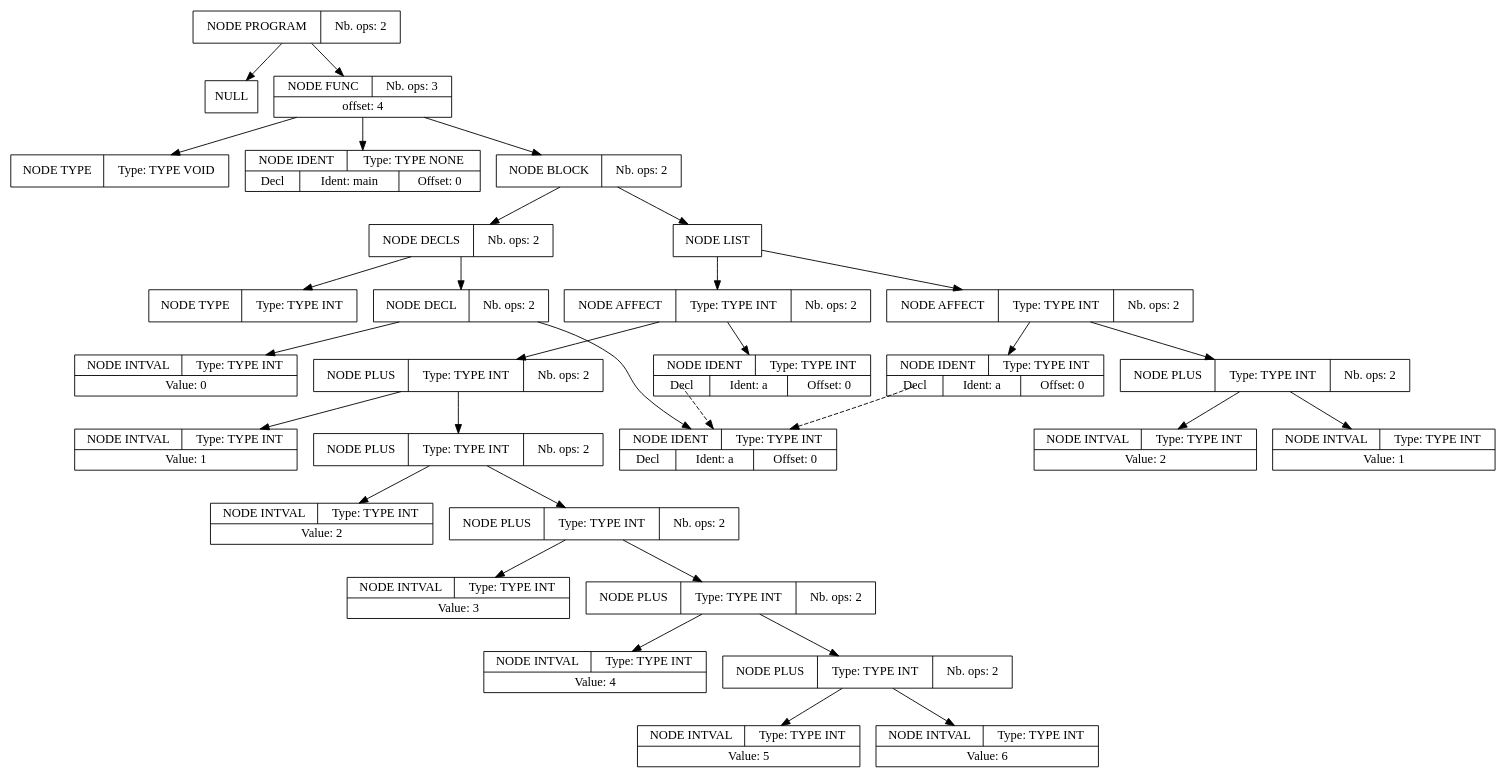
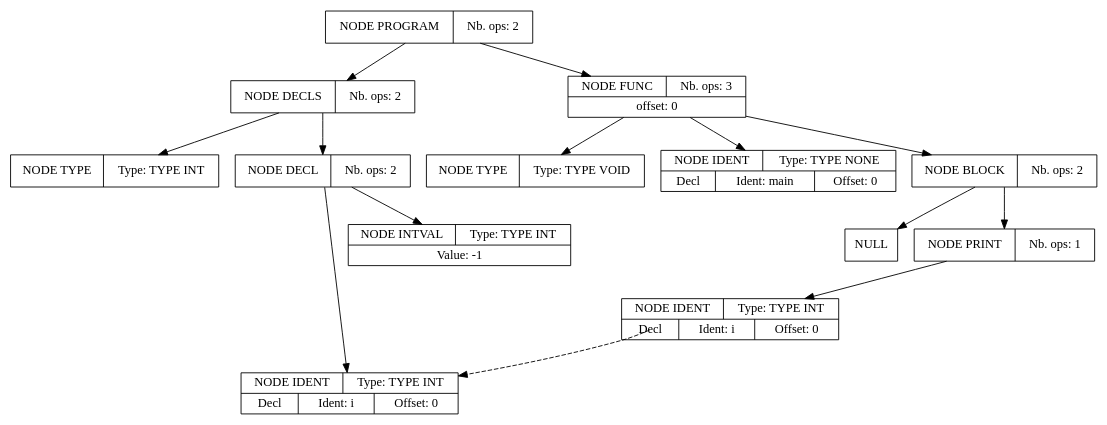
The diagram in apres_passe_1.dot (ThomasKorpal/CompilAMort), drawn with Graphviz before and after one commit. The commit also changed 13 other files, not shown here.

```diff
--- a/apres_passe_1.dot
+++ b/apres_passe_1.dot
@@ -1,94 +1,41 @@
 digraph global_vars {
     N1 [shape=record, label="{{NODE PROGRAM|Nb. ops: 2}}"];
-    N2 [shape=record, label="{{NULL}}"];
+    N2 [shape=record, label="{{NODE DECLS|Nb. ops: 2}}"];
+    N3 [shape=record, label="{{NODE TYPE|Type: TYPE INT}}"];
+    edge[tailclip=true];
+    N2 -> N3
+    N4 [shape=record, label="{{NODE DECL|Nb. ops: 2}}"];
+    N5 [shape=record, label="{{NODE IDENT|Type: TYPE INT}|{<decl>Decl      |Ident: i|Offset: 0}}"];
+    edge[tailclip=true];
+    N4 -> N5
+    N6 [shape=record, label="{{NODE INTVAL|Type: TYPE INT}|{Value: -1}}"];
+    edge[tailclip=true];
+    N4 -> N6
+    edge[tailclip=true];
+    N2 -> N4
     edge[tailclip=true];
     N1 -> N2
-    N3 [shape=record, label="{{NODE FUNC|Nb. ops: 3}|{offset: 4}}"];
-    N4 [shape=record, label="{{NODE TYPE|Type: TYPE VOID}}"];
-    edge[tailclip=true];
-    N3 -> N4
-    N5 [shape=record, label="{{NODE IDENT|Type: TYPE NONE}|{<decl>Decl      |Ident: main|Offset: 0}}"];
-    edge[tailclip=true];
-    N3 -> N5
-    N6 [shape=record, label="{{NODE BLOCK|Nb. ops: 2}}"];
-    N7 [shape=record, label="{{NODE DECLS|Nb. ops: 2}}"];
-    N8 [shape=record, label="{{NODE TYPE|Type: TYPE INT}}"];
+    N7 [shape=record, label="{{NODE FUNC|Nb. ops: 3}|{offset: 0}}"];
+    N8 [shape=record, label="{{NODE TYPE|Type: TYPE VOID}}"];
     edge[tailclip=true];
     N7 -> N8
-    N9 [shape=record, label="{{NODE DECL|Nb. ops: 2}}"];
-    N10 [shape=record, label="{{NODE IDENT|Type: TYPE INT}|{<decl>Decl      |Ident: a|Offset: 0}}"];
-    edge[tailclip=true];
-    N9 -> N10
-    N11 [shape=record, label="{{NODE INTVAL|Type: TYPE INT}|{Value: 0}}"];
-    edge[tailclip=true];
-    N9 -> N11
+    N9 [shape=record, label="{{NODE IDENT|Type: TYPE NONE}|{<decl>Decl      |Ident: main|Offset: 0}}"];
     edge[tailclip=true];
     N7 -> N9
+    N10 [shape=record, label="{{NODE BLOCK|Nb. ops: 2}}"];
+    N11 [shape=record, label="{{NULL}}"];
     edge[tailclip=true];
-    N6 -> N7
-    N12 [shape=record, label="{{NODE LIST}}"];
-    N13 [shape=record, label="{{NODE AFFECT|Type: TYPE INT|Nb. ops: 2}}"];
-    N14 [shape=record, label="{{NODE IDENT|Type: TYPE INT}|{<decl>Decl      |Ident: a|Offset: 0}}"];
+    N10 -> N11
+    N12 [shape=record, label="{{NODE PRINT|Nb. ops: 1}}"];
+    N13 [shape=record, label="{{NODE IDENT|Type: TYPE INT}|{<decl>Decl      |Ident: i|Offset: 0}}"];
     edge[tailclip=false];
-    "N14":decl:c -> "N10" [style=dashed]
-    edge[tailclip=true];
-    N13 -> N14
-    N15 [shape=record, label="{{NODE PLUS|Type: TYPE INT|Nb. ops: 2}}"];
-    N16 [shape=record, label="{{NODE INTVAL|Type: TYPE INT}|{Value: 1}}"];
-    edge[tailclip=true];
-    N15 -> N16
-    N17 [shape=record, label="{{NODE PLUS|Type: TYPE INT|Nb. ops: 2}}"];
-    N18 [shape=record, label="{{NODE INTVAL|Type: TYPE INT}|{Value: 2}}"];
-    edge[tailclip=true];
-    N17 -> N18
-    N19 [shape=record, label="{{NODE PLUS|Type: TYPE INT|Nb. ops: 2}}"];
-    N20 [shape=record, label="{{NODE INTVAL|Type: TYPE INT}|{Value: 3}}"];
-    edge[tailclip=true];
-    N19 -> N20
-    N21 [shape=record, label="{{NODE PLUS|Type: TYPE INT|Nb. ops: 2}}"];
-    N22 [shape=record, label="{{NODE INTVAL|Type: TYPE INT}|{Value: 4}}"];
-    edge[tailclip=true];
-    N21 -> N22
-    N23 [shape=record, label="{{NODE PLUS|Type: TYPE INT|Nb. ops: 2}}"];
-    N24 [shape=record, label="{{NODE INTVAL|Type: TYPE INT}|{Value: 5}}"];
-    edge[tailclip=true];
-    N23 -> N24
-    N25 [shape=record, label="{{NODE INTVAL|Type: TYPE INT}|{Value: 6}}"];
-    edge[tailclip=true];
-    N23 -> N25
-    edge[tailclip=true];
-    N21 -> N23
-    edge[tailclip=true];
-    N19 -> N21
-    edge[tailclip=true];
-    N17 -> N19
-    edge[tailclip=true];
-    N15 -> N17
-    edge[tailclip=true];
-    N13 -> N15
+    "N13":decl:c -> "N5" [style=dashed]
     edge[tailclip=true];
     N12 -> N13
-    N26 [shape=record, label="{{NODE AFFECT|Type: TYPE INT|Nb. ops: 2}}"];
-    N27 [shape=record, label="{{NODE IDENT|Type: TYPE INT}|{<decl>Decl      |Ident: a|Offset: 0}}"];
-    edge[tailclip=false];
-    "N27":decl:c -> "N10" [style=dashed]
     edge[tailclip=true];
-    N26 -> N27
-    N28 [shape=record, label="{{NODE PLUS|Type: TYPE INT|Nb. ops: 2}}"];
-    N29 [shape=record, label="{{NODE INTVAL|Type: TYPE INT}|{Value: 1}}"];
+    N10 -> N12
     edge[tailclip=true];
-    N28 -> N29
-    N30 [shape=record, label="{{NODE INTVAL|Type: TYPE INT}|{Value: 2}}"];
+    N7 -> N10
     edge[tailclip=true];
-    N28 -> N30
-    edge[tailclip=true];
-    N26 -> N28
-    edge[tailclip=true];
-    N12 -> N26
-    edge[tailclip=true];
-    N6 -> N12
-    edge[tailclip=true];
-    N3 -> N6
-    edge[tailclip=true];
-    N1 -> N3
+    N1 -> N7
 }
```
